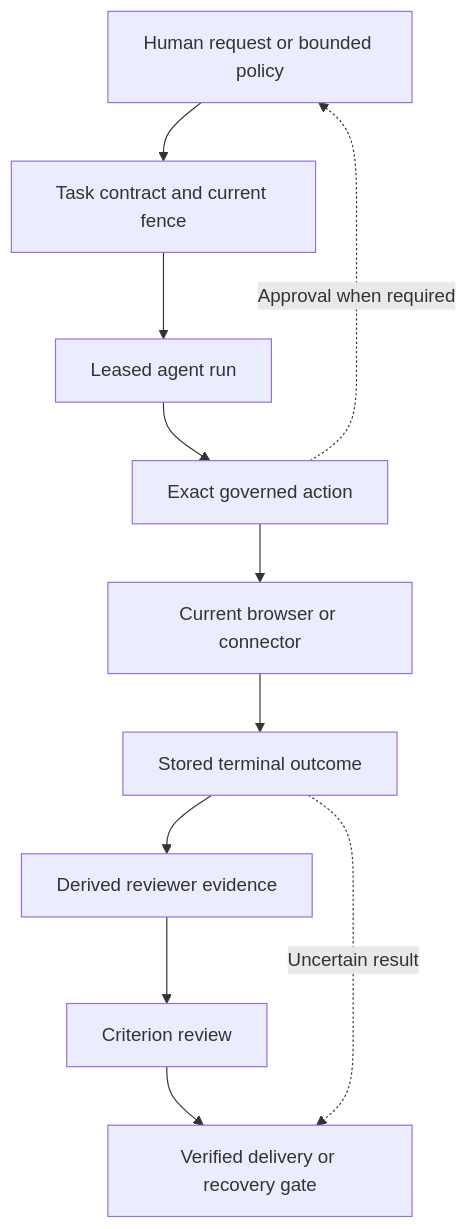
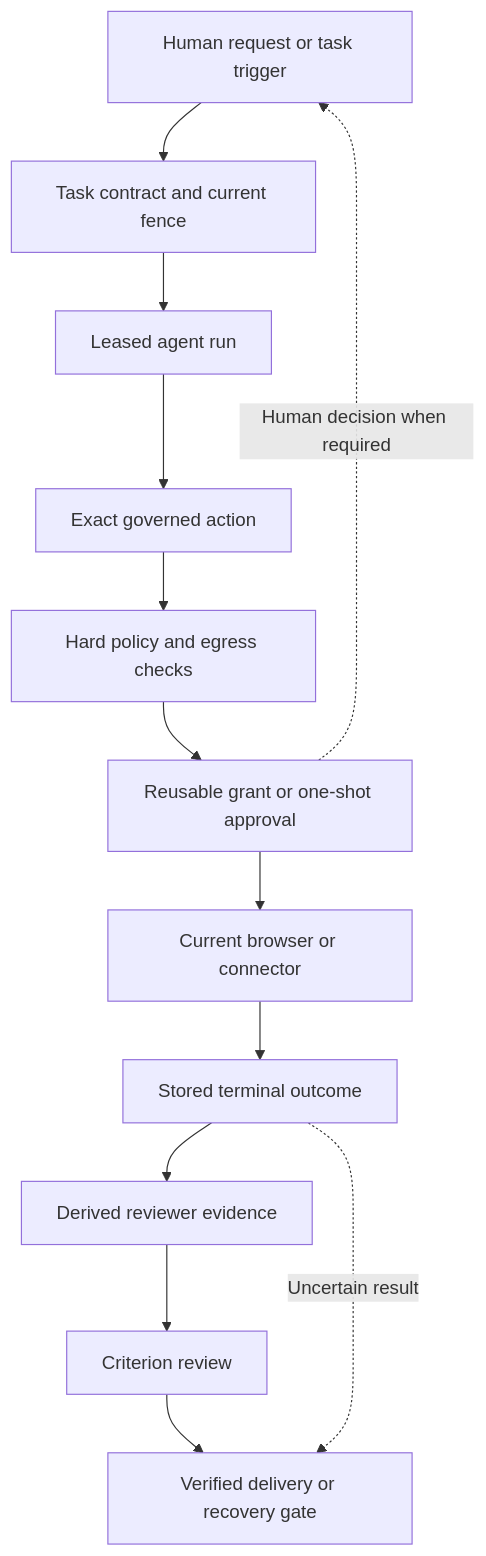
Diagram 26 of 26 in docs/superpowers/plans/2026-08-08-noema-practical-reliability-roadmap.md (kpsuperplane/Noema), drawn with Mermaid before and after one commit. The commit also changed other lines of this file, not shown here.

Commit message:
docs: generalize schema and action authority roadmap

````diff
--- a/docs/superpowers/plans/2026-08-08-noema-practical-reliability-roadmap.md
+++ b/docs/superpowers/plans/2026-08-08-noema-practical-reliability-roadmap.md
@@ -1203,16 +1417,18 @@
 ```mermaid
 flowchart TD
-    H["Human request or bounded policy"]
+    H["Human request or task trigger"]
     T["Task contract and current fence"]
     R["Leased agent run"]
     A["Exact governed action"]
+    P["Hard policy and egress checks"]
+    G["Reusable grant or one-shot approval"]
     C["Current browser or connector"]
     O["Stored terminal outcome"]
     E["Derived reviewer evidence"]
     V["Criterion review"]
     D["Verified delivery or recovery gate"]
 
-    H --> T --> R --> A --> C --> O --> E --> V --> D
-    A -.->|Approval when required| H
+    H --> T --> R --> A --> P --> G --> C --> O --> E --> V --> D
+    G -.->|Human decision when required| H
     O -.->|Uncertain result| D
 ```
````
